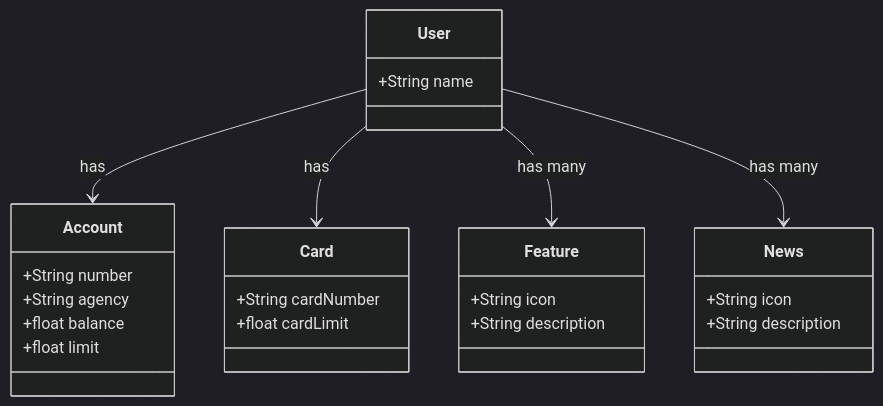
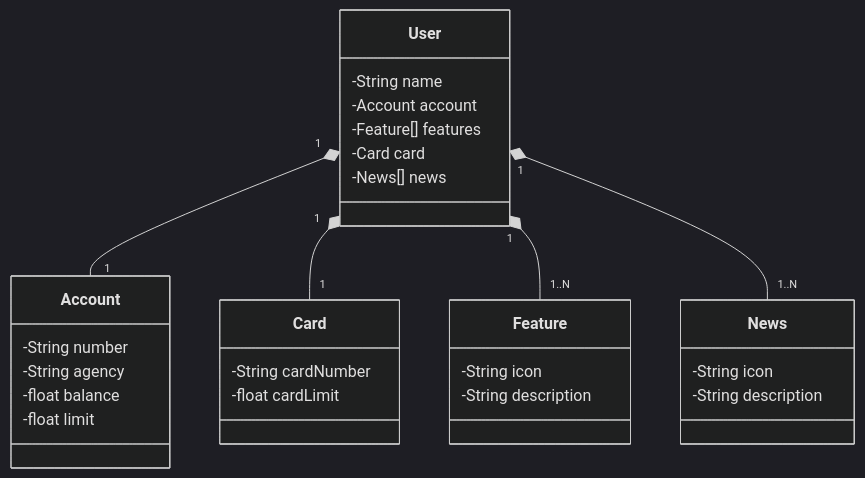
One commit to QuixindoDev/santander-dev-week changed the diagram in README.md. Above: the diagram before and after it, drawn with Mermaid (dark theme). The commit also changed other lines of this file, not shown here.

````diff
--- a/README.md
+++ b/README.md
@@ -7,33 +7,37 @@
 ```mermaid
 classDiagram
     class User {
-        +String name
+        -String name
+        -Account account
+        -Feature[] features
+        -Card card
+        -News[] news
     }
     
     class Account {
-        +String number
-        +String agency
-        +float balance
-        +float limit
+        -String number
+        -String agency
+        -float balance
+        -float limit
     }
 
     class Feature {
-        +String icon
-        +String description
+        -String icon
+        -String description
     }
 
     class Card {
-        +String cardNumber
-        +float cardLimit
+        -String cardNumber
+        -float cardLimit
     }
 
     class News {
-        +String icon
-        +String description
+        -String icon
+        -String description
     }
 
-    User --> Account : has
-    User --> Card : has
-    User --> Feature : has many
-    User --> News : has many
+    User "1" *-- "1" Account 
+    User "1" *-- "1" Card
+    User "1" *-- "1..N" Feature
+    User "1" *-- "1..N" News
 ```
````
